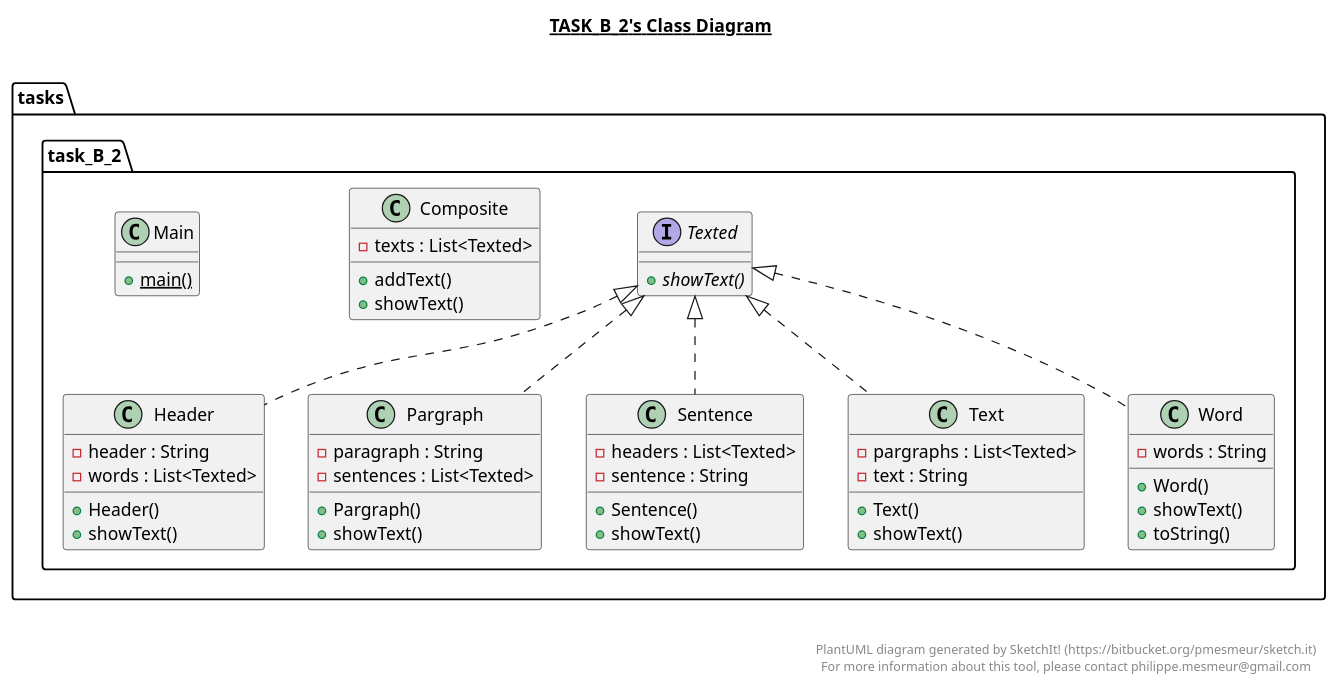
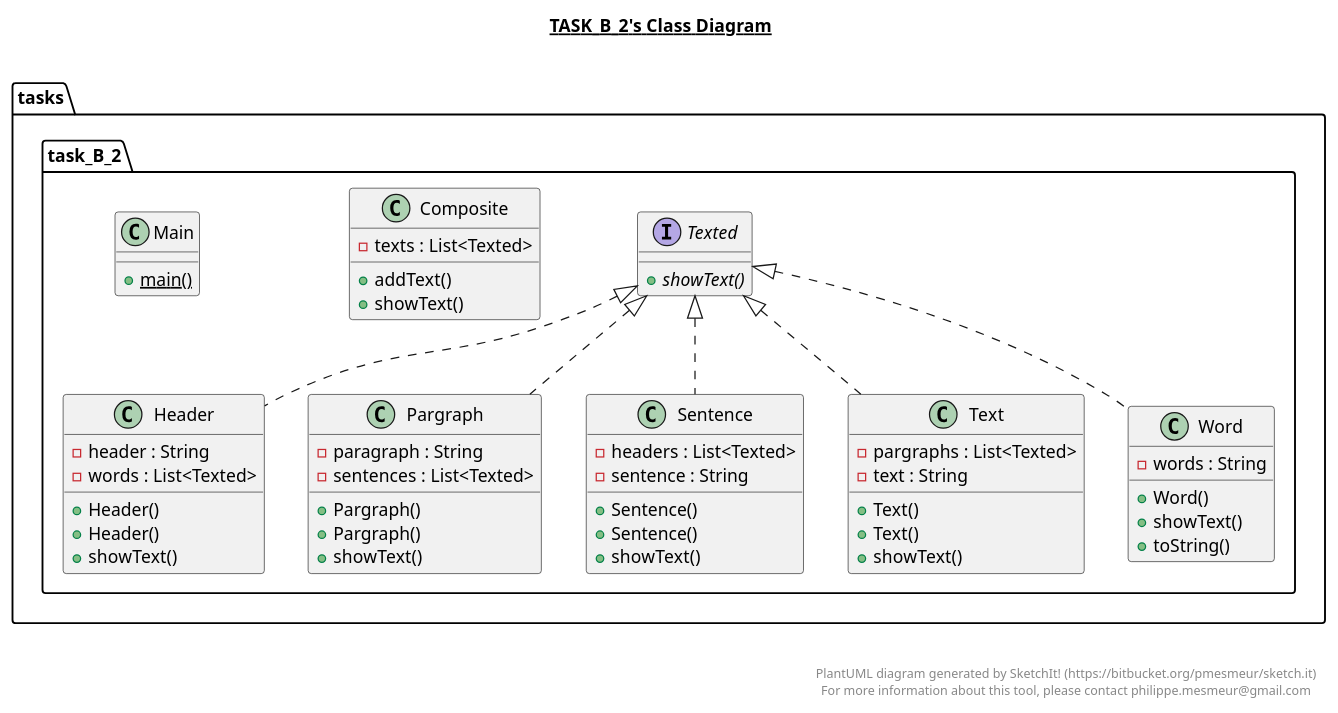
The diagram in src/tasks/task_B_2/task_B_2.plantuml (ilyasikirytski/Chapter_23), drawn with PlantUML before and after one commit.

Commit message:
task_B_2 updateUML

```diff
--- a/src/tasks/task_B_2/task_B_2.plantuml
+++ b/src/tasks/task_B_2/task_B_2.plantuml
@@ -1,92 +1,96 @@
 @startuml
 
 title __TASK_B_2's Class Diagram__\n
 
   namespace tasks.task_B_2 {
     class tasks.task_B_2.Composite {
         - texts : List<Texted>
         + addText()
         + showText()
     }
   }
   
 
   namespace tasks.task_B_2 {
     class tasks.task_B_2.Header {
         - header : String
         - words : List<Texted>
         + Header()
+        + Header()
         + showText()
     }
   }
   
 
   namespace tasks.task_B_2 {
     class tasks.task_B_2.Main {
         {static} + main()
     }
   }
   
 
   namespace tasks.task_B_2 {
     class tasks.task_B_2.Pargraph {
         - paragraph : String
         - sentences : List<Texted>
         + Pargraph()
+        + Pargraph()
         + showText()
     }
   }
   
 
   namespace tasks.task_B_2 {
     class tasks.task_B_2.Sentence {
         - headers : List<Texted>
         - sentence : String
         + Sentence()
+        + Sentence()
         + showText()
     }
   }
   
 
   namespace tasks.task_B_2 {
     class tasks.task_B_2.Text {
         - pargraphs : List<Texted>
         - text : String
+        + Text()
         + Text()
         + showText()
     }
   }
   
 
   namespace tasks.task_B_2 {
     interface tasks.task_B_2.Texted {
         {abstract} + showText()
     }
   }
   
 
   namespace tasks.task_B_2 {
     class tasks.task_B_2.Word {
         - words : String
         + Word()
         + showText()
         + toString()
     }
   }
   
 
   tasks.task_B_2.Header .up.|> tasks.task_B_2.Texted
   tasks.task_B_2.Pargraph .up.|> tasks.task_B_2.Texted
   tasks.task_B_2.Sentence .up.|> tasks.task_B_2.Texted
   tasks.task_B_2.Text .up.|> tasks.task_B_2.Texted
   tasks.task_B_2.Word .up.|> tasks.task_B_2.Texted
 
 
 right footer
 
 
 PlantUML diagram generated by SketchIt! (https://bitbucket.org/pmesmeur/sketch.it)
 For more information about this tool, please contact philippe.mesmeur@gmail.com
 endfooter
 
 @enduml
```
